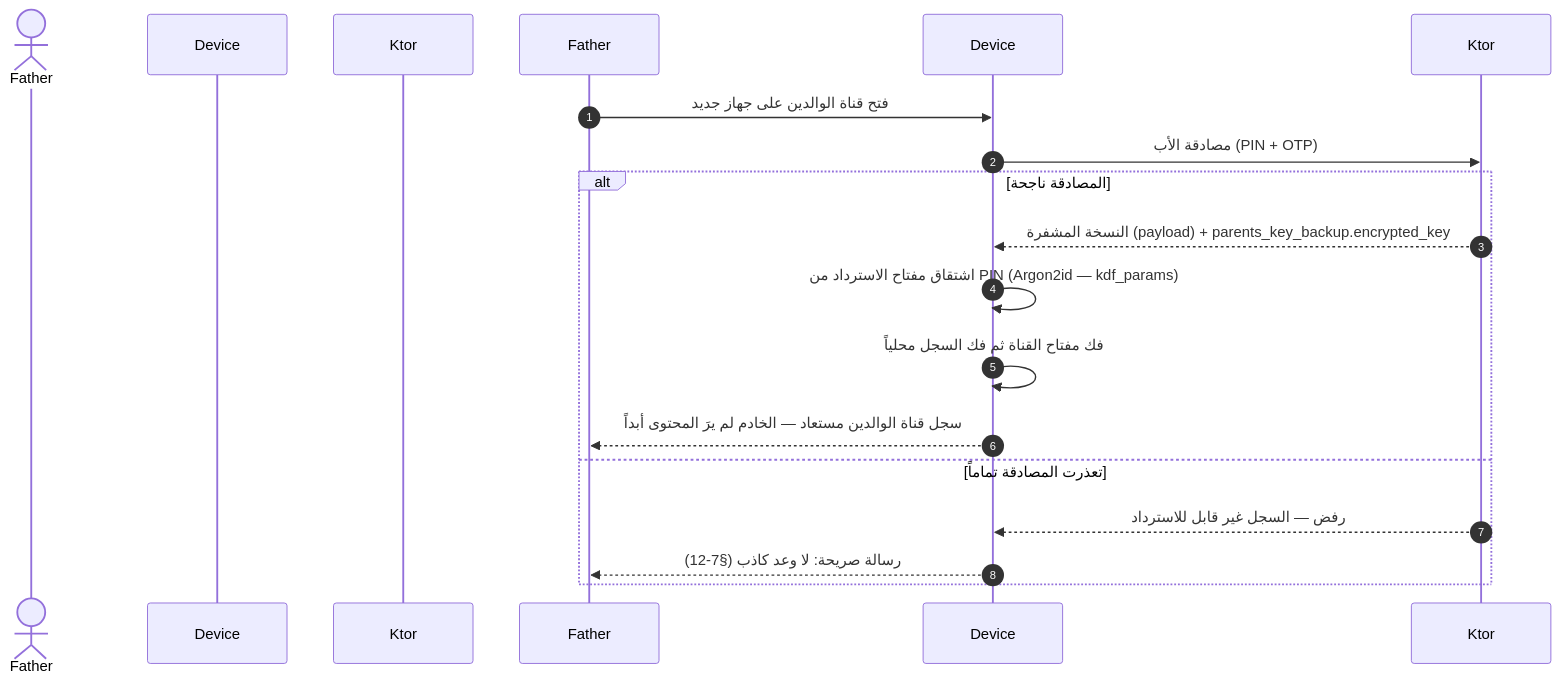
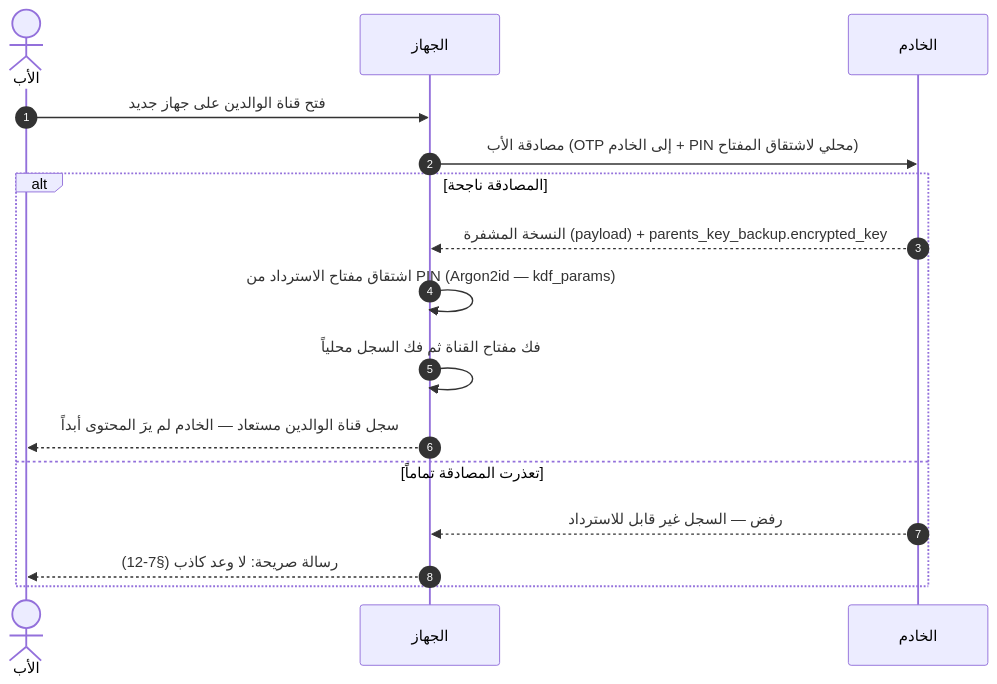
One commit to Bassam-mohammed-alqaeadi/family-os-v2 changed the seventh of 10 diagrams in docs/family-os/governance/phases/phase-1/S1-08-chat-basic/DIAGRAMS.md. Above: the diagram before and after it, drawn with Mermaid. The commit also changed other lines of this file and 10 other files, not shown here.

Commit message:
إغلاق المراجعة الشاملة R1–R5 (Q-196…Q-231) — المخططات DIAGRAMS + خريطة السياق (2/4)

````diff
--- a/docs/family-os/governance/phases/phase-1/S1-08-chat-basic/DIAGRAMS.md
+++ b/docs/family-os/governance/phases/phase-1/S1-08-chat-basic/DIAGRAMS.md
@@ -298,18 +299,18 @@
 ```mermaid
 sequenceDiagram
     autonumber
-    actor الأب as Father
-    participant الجهاز as Device
-    participant الخادم as Ktor
+    actor Father as الأب
+    participant Device as الجهاز
+    participant Ktor as الخادم
     Father->>Device: فتح قناة الوالدين على جهاز جديد
-    Device->>Ktor: مصادقة الأب (PIN + OTP)
+    Device->>Ktor: مصادقة الأب (OTP إلى الخادم + PIN محلي لاشتقاق المفتاح)
     alt المصادقة ناجحة
         Ktor-->>Device: النسخة المشفرة (payload) + parents_key_backup.encrypted_key
         Device->>Device: اشتقاق مفتاح الاسترداد من PIN (Argon2id — kdf_params)
         Device->>Device: فك مفتاح القناة ثم فك السجل محلياً
         Device-->>Father: سجل قناة الوالدين مستعاد — الخادم لم يرَ المحتوى أبداً
     else تعذرت المصادقة تماماً
         Ktor-->>Device: رفض — السجل غير قابل للاسترداد
         Device-->>Father: رسالة صريحة: لا وعد كاذب (§7-12)
     end
 ```
````
